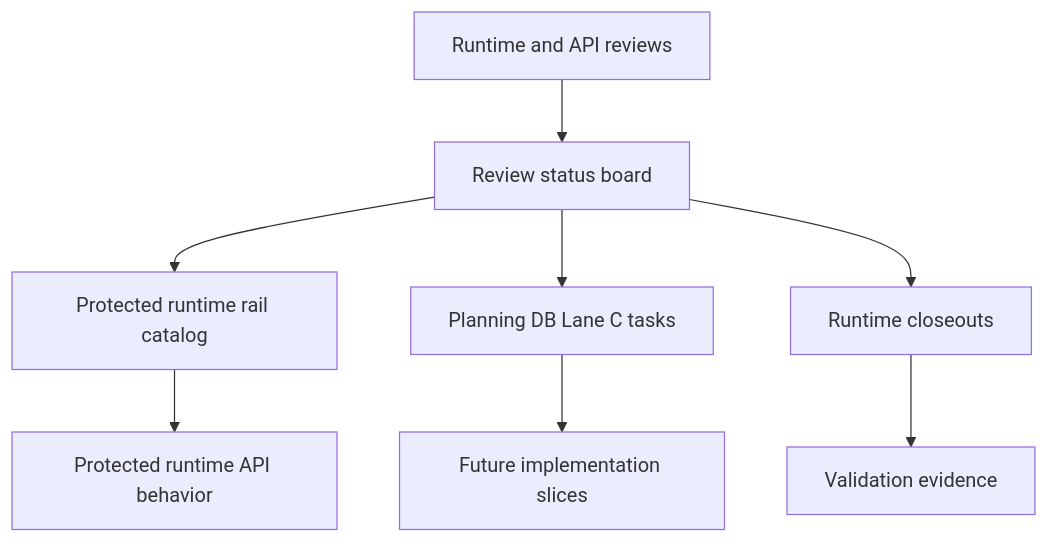
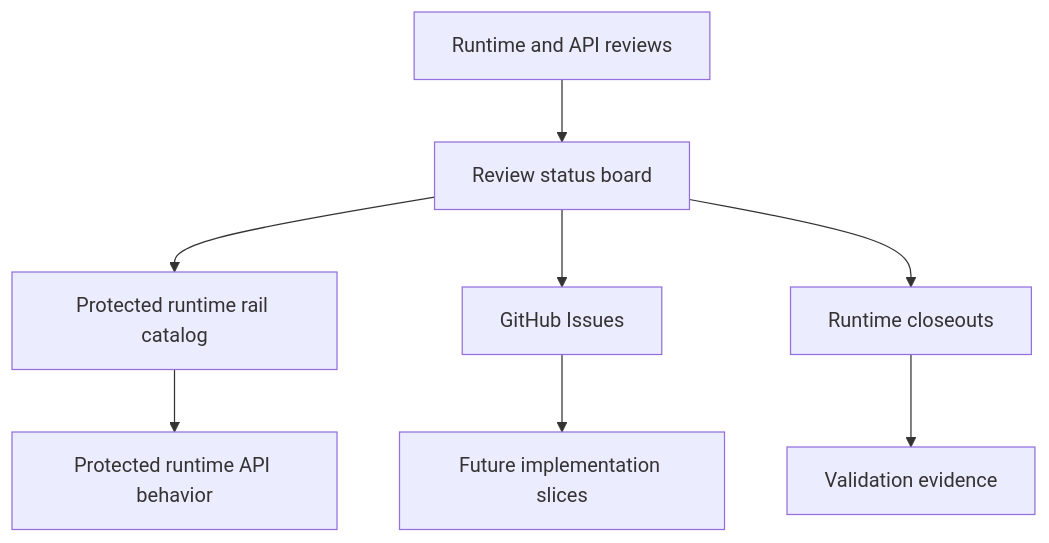
Before and after one commit to dunay2/dvt: the second of 2 diagrams in docs/architecture/components/api/runtime-review-canon-component.md, drawn with Mermaid. The commit also changed other lines of this file and 505 other files, not shown here.

````diff
--- a/docs/architecture/components/api/runtime-review-canon-component.md
+++ b/docs/architecture/components/api/runtime-review-canon-component.md
@@ -96,16 +96,16 @@
 ```mermaid
 flowchart TD
   Reviews[Runtime and API reviews]
   Board[Review status board]
   Rails[Protected runtime rail catalog]
-  Tasks[Planning DB Lane C tasks]
+  Tasks[GitHub Issues]
   Closeouts[Runtime closeouts]
 
   Reviews --> Board
   Board --> Rails
   Board --> Tasks
   Board --> Closeouts
   Rails --> Runtime[Protected runtime API behavior]
   Tasks --> Implementation[Future implementation slices]
   Closeouts --> Evidence[Validation evidence]
 ```
````
